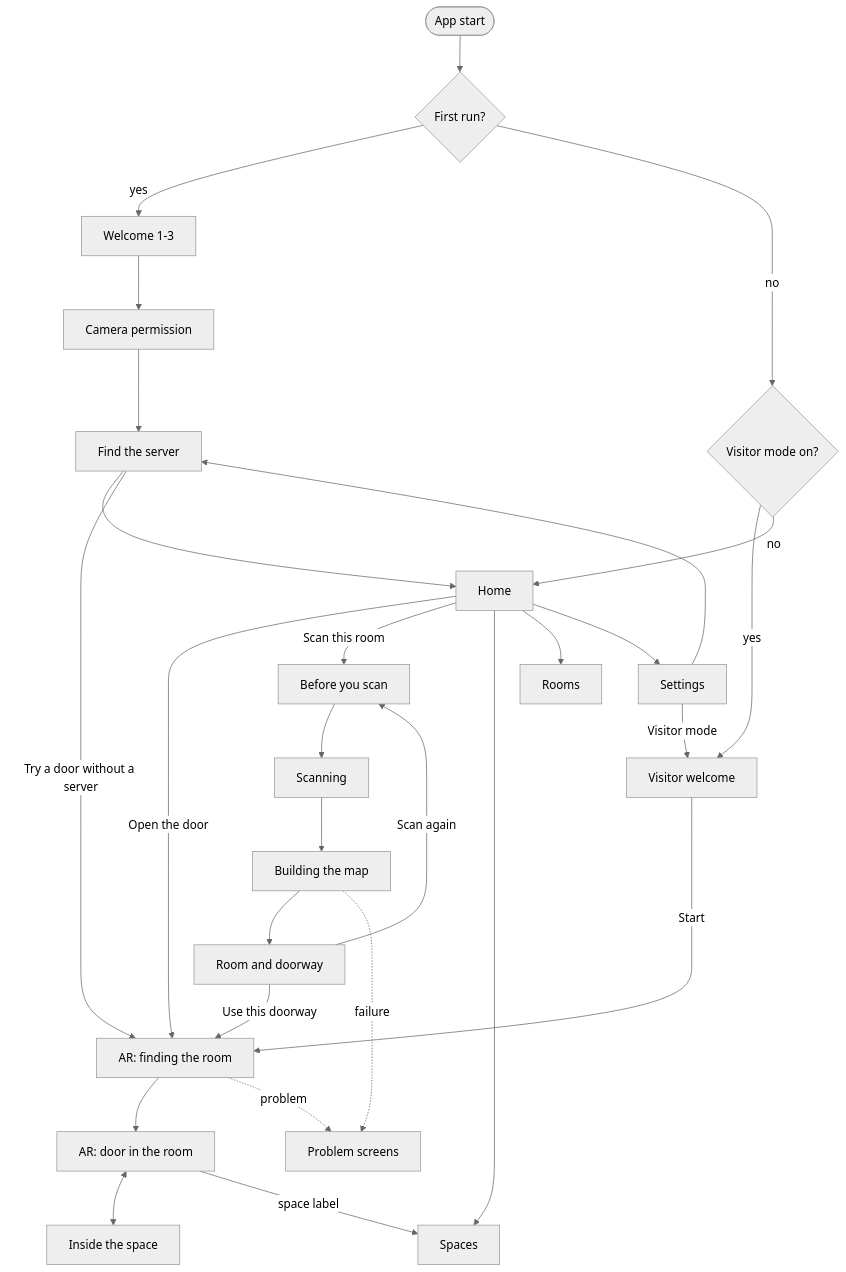
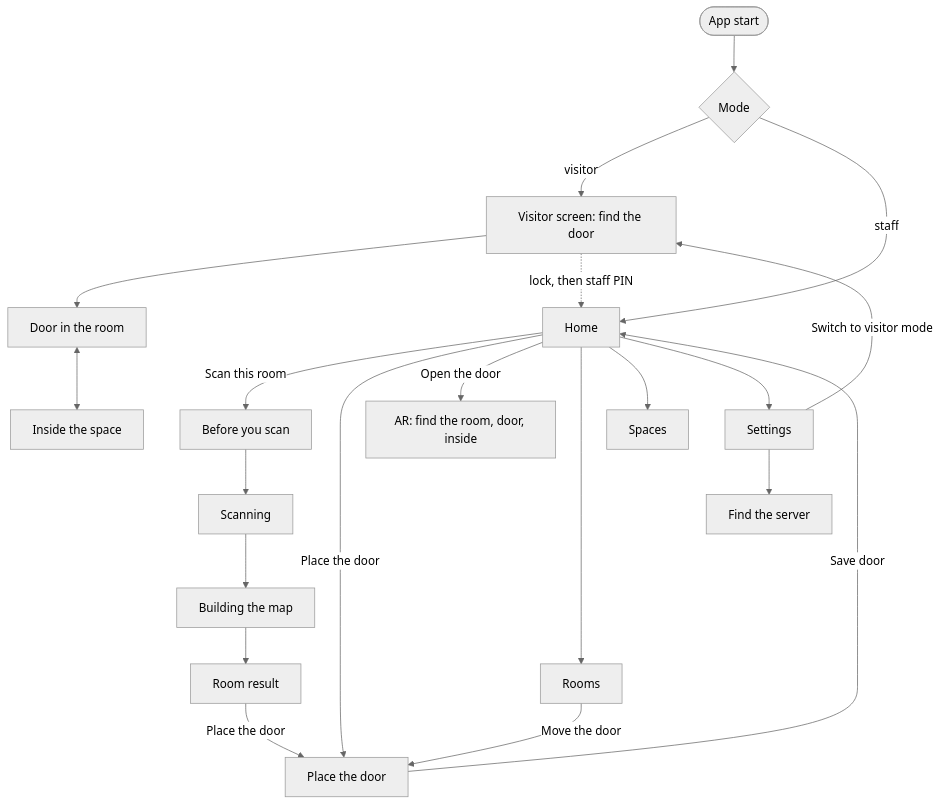
Before and after one commit to BRANDAY/markerless-ar-vr-portal: the diagram in docs/product/ui-spec.md, drawn with Mermaid (neutral theme). The commit also changed other lines of this file and 2 other files, not shown here.

Commit message:
Product: spec, concept and summary reworked for two modes, staff-placed door and Advanced VPS

````diff
--- a/docs/product/ui-spec.md
+++ b/docs/product/ui-spec.md
@@ -132,24 +137,18 @@
 ```mermaid
 flowchart TD
-  start([App start]) --> first{First run?}
-  first -- yes --> welcome[Welcome 1-3] --> permission[Camera permission] --> connect[Find the server]
-  first -- no --> mode{Visitor mode on?}
-  mode -- yes --> visitor[Visitor welcome]
-  mode -- no --> home[Home]
-  connect --> home
-  connect -- "Try a door without a server" --> ar
-  home -- "Open the door" --> ar[AR: finding the room]
-  visitor -- Start --> ar
-  home -- "Scan this room" --> prepare[Before you scan] --> scan[Scanning] --> build[Building the map] --> result[Room and doorway]
-  result -- "Use this doorway" --> ar
-  result -- "Scan again" --> prepare
-  ar --> door[AR: door in the room] <--> inside[Inside the space]
+  start([App start]) --> mode{Mode}
+  mode -- visitor --> visitor[Visitor screen: find the door]
+  visitor --> vdoor[Door in the room] <--> vinside[Inside the space]
+  visitor -. "lock, then staff PIN" .-> home
+  mode -- staff --> home[Home]
+  home -- "Scan this room" --> prepare[Before you scan] --> scan[Scanning] --> build[Building the map] --> result[Room result]
+  result -- "Place the door" --> place[Place the door]
+  home -- "Place the door" --> place
+  place -- "Save door" --> home
+  home -- "Open the door" --> ar[AR: find the room, door, inside]
+  home --> rooms[Rooms] -- "Move the door" --> place
   home --> spaces[Spaces]
-  home --> rooms[Rooms]
   home --> settings[Settings]
-  door -- space label --> spaces
-  settings --> connect
-  settings -- "Visitor mode" --> visitor
-  ar -. problem .-> problems[Problem screens]
-  build -. failure .-> problems
+  settings --> connect[Find the server]
+  settings -- "Switch to visitor mode" --> visitor
 ```
````
